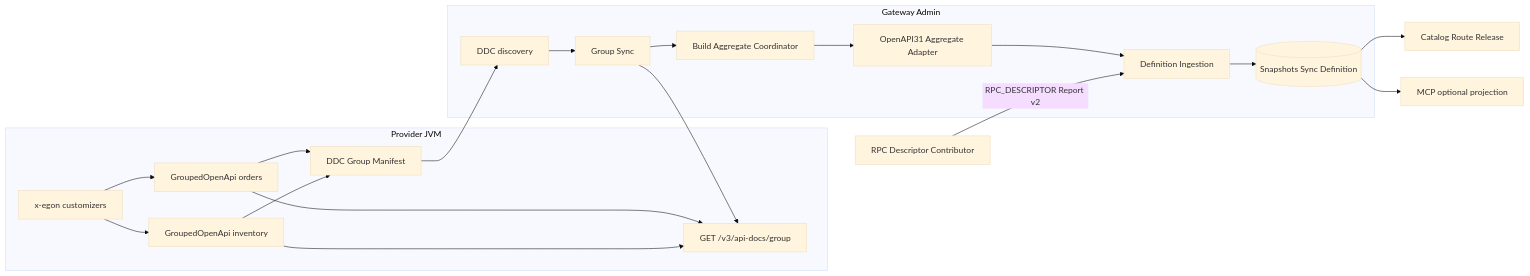
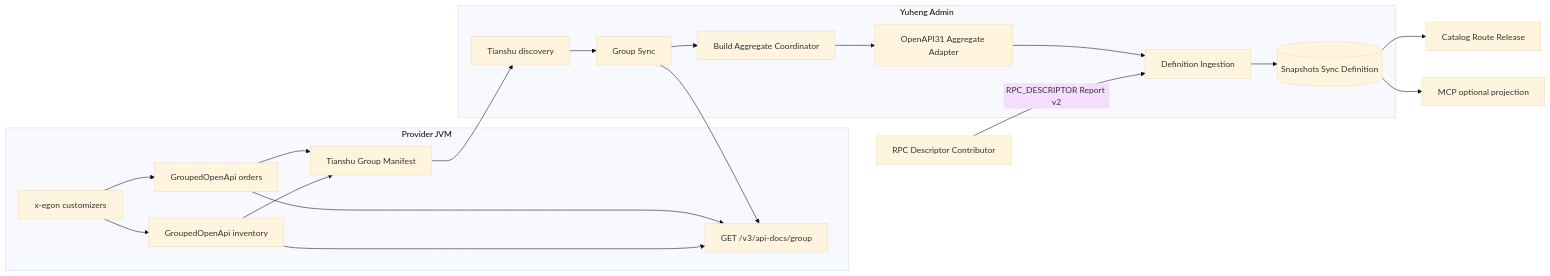
The second of 5 diagrams in docs/egon/spec/2026-08-25-19-43-gateway-openapi-group-aggregation-amendment.md (AllenDEricDAlexander/Egon-COLA), drawn with Mermaid (base theme) before and after one commit. The commit also changed other lines of this file and 233 other files, not shown here.

````diff
--- a/docs/egon/spec/2026-08-25-19-43-gateway-openapi-group-aggregation-amendment.md
+++ b/docs/egon/spec/2026-08-25-19-43-gateway-openapi-group-aggregation-amendment.md
@@ -270,30 +270,30 @@
 ```mermaid
 flowchart LR
     subgraph Provider[Provider JVM]
         G1[GroupedOpenApi orders]
         G2[GroupedOpenApi inventory]
         X[x-egon customizers]
         Docs[GET /v3/api-docs/group]
-        Meta[DDC Group Manifest]
+        Meta[Tianshu Group Manifest]
         G1 --> Docs
         G2 --> Docs
         X --> G1
         X --> G2
         G1 --> Meta
         G2 --> Meta
     end
-    subgraph Admin[Gateway Admin]
-        Discover[DDC discovery]
+    subgraph Admin[Yuheng Admin]
+        Discover[Tianshu discovery]
         Sync[Group Sync]
         Barrier[Build Aggregate Coordinator]
         Adapter[OpenAPI31 Aggregate Adapter]
         Ingest[Definition Ingestion]
         DB[(Snapshots Sync Definition)]
         Discover --> Sync --> Barrier --> Adapter --> Ingest --> DB
     end
     RPC[RPC Descriptor Contributor] -->|RPC_DESCRIPTOR Report v2| Ingest
     Meta --> Discover
     Sync --> Docs
     DB --> Catalog[Catalog Route Release]
     DB --> MCP[MCP optional projection]
 ```
````
